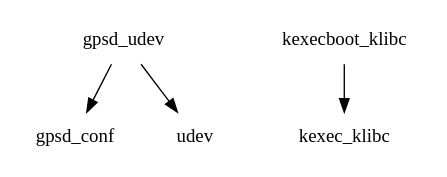
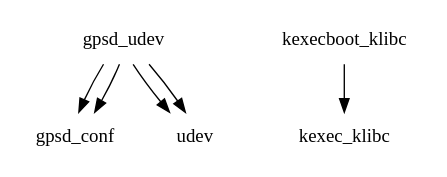
The diagram in images/spitz/eglibc/initramfs-kexecboot-klibc-image/depends-nokernel.dot (shr-distribution/buildhistory-old), drawn with Graphviz before and after one commit. The commit also changed 305 other files, not shown here.

```diff
--- a/images/spitz/eglibc/initramfs-kexecboot-klibc-image/depends-nokernel.dot
+++ b/images/spitz/eglibc/initramfs-kexecboot-klibc-image/depends-nokernel.dot
@@ -1,6 +1,8 @@
 digraph depends {
     node [shape=plaintext]
 gpsd_udev -> gpsd_conf;
 gpsd_udev -> udev;
+gpsd_udev -> gpsd_conf;
+gpsd_udev -> udev;
 kexecboot_klibc -> kexec_klibc;
 }
```
